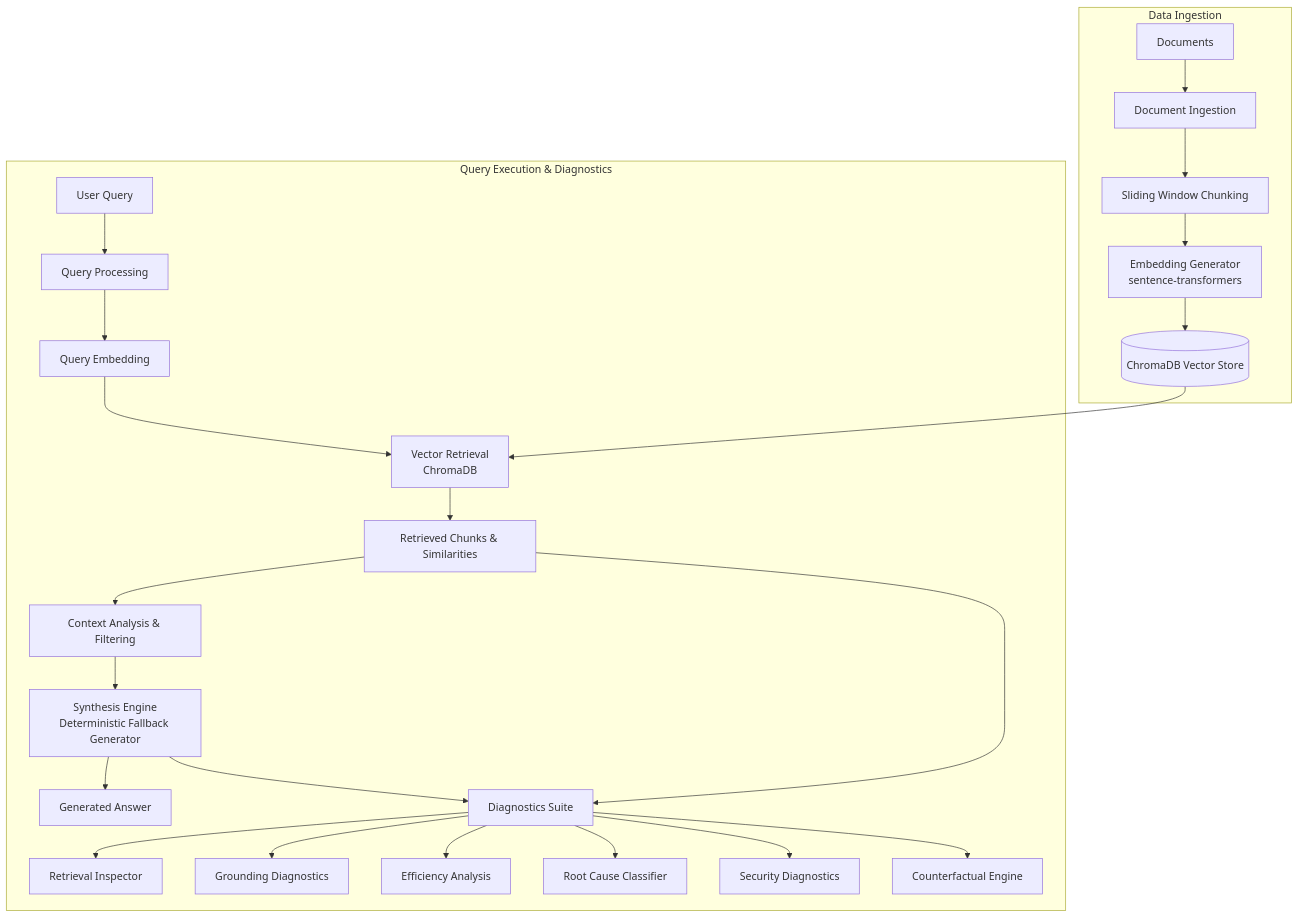
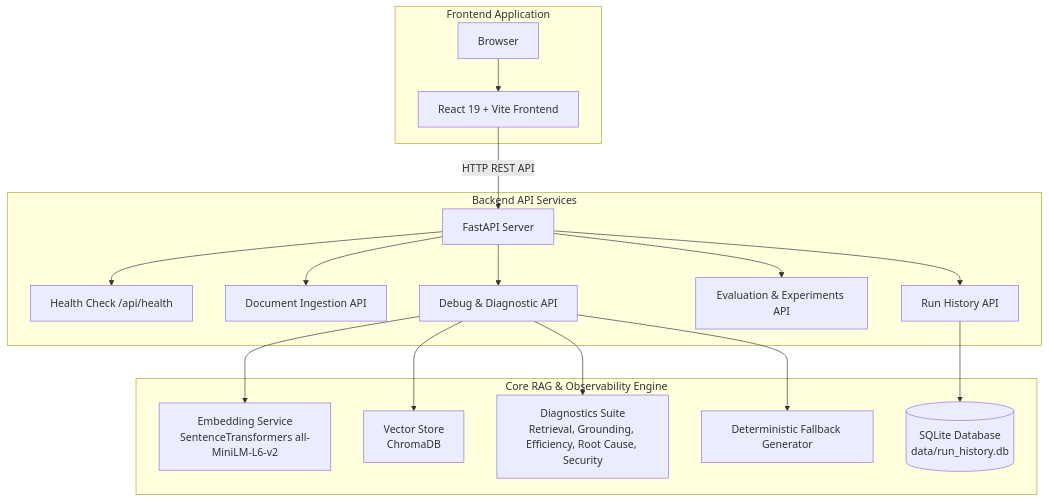
Before and after one commit to Harshitha-nagaraj/NookBase: the diagram in README.md, drawn with Mermaid. The commit also changed other lines of this file and 18 other files, not shown here.

````diff
--- a/README.md
+++ b/README.md
@@ -41,30 +77,23 @@
 ```mermaid
 flowchart TD
-    subgraph Data Ingestion
-        A[Documents] --> B[Document Ingestion]
-        B --> C[Sliding Window Chunking]
-        C --> D[Embedding Generator\nsentence-transformers]
-        D --> E[(ChromaDB Vector Store)]
+    subgraph Frontend Application
+        A[Browser] --> B[React 19 + Vite Frontend]
     end
 
-    subgraph Query Execution & Diagnostics
-        F[User Query] --> G[Query Processing]
-        G --> H[Query Embedding]
-        H --> I[Vector Retrieval\nChromaDB]
-        E --> I
-        I --> J[Retrieved Chunks & Similarities]
-        J --> K[Context Analysis & Filtering]
-        K --> L[Synthesis Engine\nDeterministic Fallback Generator]
-        L --> M[Generated Answer]
-        
-        J --> N[Diagnostics Suite]
-        L --> N
-        
-        N --> N1[Retrieval Inspector]
-        N --> N2[Grounding Diagnostics]
-        N --> N3[Efficiency Analysis]
-        N --> N4[Root Cause Classifier]
-        N --> N5[Security Diagnostics]
-        N --> N6[Counterfactual Engine]
+    subgraph Backend API Services
+        B -->|HTTP REST API| C[FastAPI Server]
+        C --> D[Health Check /api/health]
+        C --> E[Document Ingestion API]
+        C --> F[Debug & Diagnostic API]
+        C --> G[Evaluation & Experiments API]
+        C --> H[Run History API]
+    end
+
+    subgraph Core RAG & Observability Engine
+        F --> I[Embedding Service\nSentenceTransformers all-MiniLM-L6-v2]
+        F --> J[Vector Store\nChromaDB]
+        F --> K[Diagnostics Suite\nRetrieval, Grounding, Efficiency, Root Cause, Security]
+        F --> L[Deterministic Fallback Generator]
+        H --> M[(SQLite Database\ndata/run_history.db)]
     end
 ```
````
